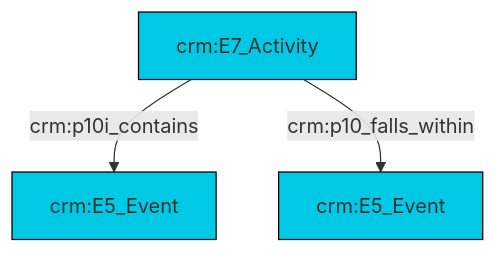
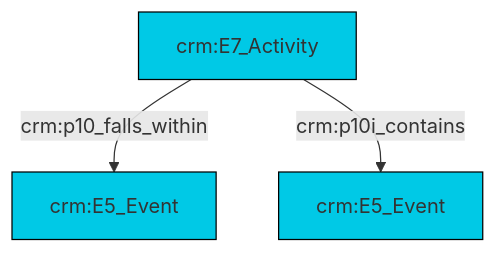
Before and after one commit to swiss-art-research-net/docs.swissartresearch: the diagram in et/eventCSV/ttl/mmd/event_parthood.ttl.mmd, drawn with Mermaid. The commit also changed 128 other files, not shown here.

```diff
--- a/et/eventCSV/ttl/mmd/event_parthood.ttl.mmd
+++ b/et/eventCSV/ttl/mmd/event_parthood.ttl.mmd
@@ -1,17 +1,17 @@
 graph TD
 classDef Literal fill:#f2f2f2,stroke:#000000;
 classDef CRM_Entity fill:#FFFFFF,stroke:#000000;
 classDef Temporal_Entity fill:#00C9E6, stroke:#000000;
 classDef Type fill:#E18312, stroke:#000000;
 classDef Time-Span fill:#2C9C91, stroke:#000000;
 classDef Appellation fill:#FFEB7F, stroke:#000000;
 classDef Place fill:#008836, stroke:#000000;
 classDef Persistent_Item fill:#B266B2, stroke:#000000;
 classDef Conceptual_Object fill:#FFD700, stroke:#000000;
 classDef Physical_Thing fill:#D2B48C, stroke:#000000;
 classDef Actor fill:#f58aad, stroke:#000000;
 classDef PC_Classes fill:#4ce600, stroke:#000000;
 classDef Multi fill:#cccccc,stroke:#000000;
 
-2["crm:E7_Activity"]:::Temporal_Entity -->|crm:p10i_contains| 3["crm:E5_Event"]:::Temporal_Entity
-2["crm:E7_Activity"]:::Temporal_Entity -->|crm:p10_falls_within| 0["crm:E5_Event"]:::Temporal_Entity
+2["crm:E7_Activity"]:::Temporal_Entity -->|crm:p10_falls_within| 3["crm:E5_Event"]:::Temporal_Entity
+2["crm:E7_Activity"]:::Temporal_Entity -->|crm:p10i_contains| 0["crm:E5_Event"]:::Temporal_Entity
```
